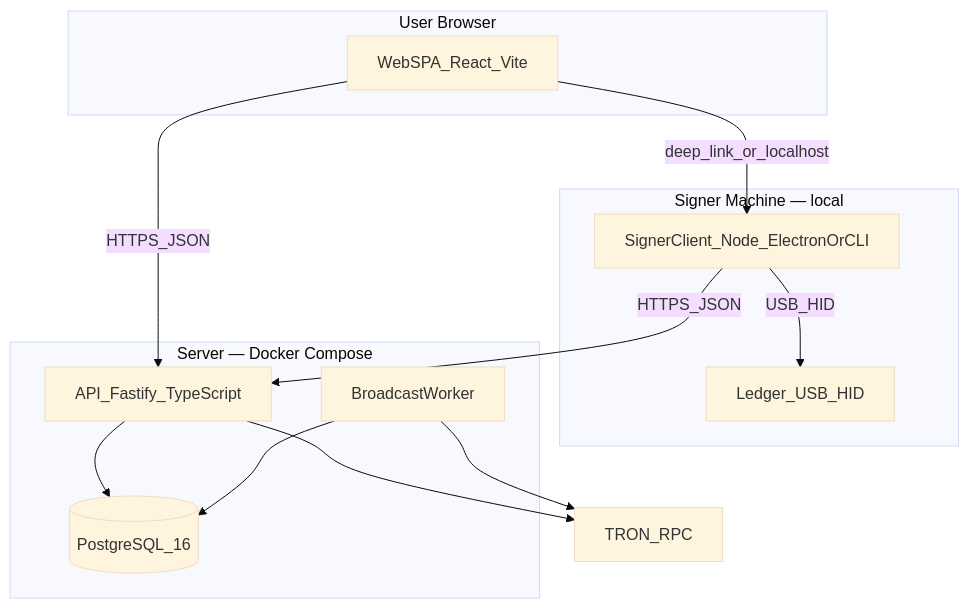
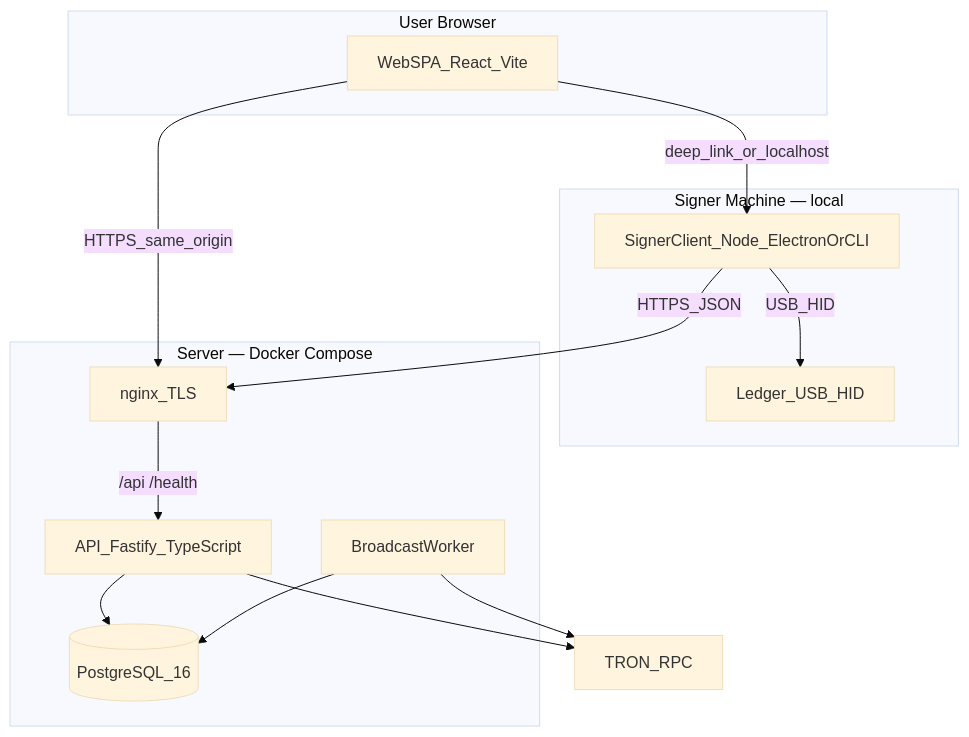
The second of 2 diagrams in docs/architecture.md (DiSH/tron-payments), drawn with Mermaid (base theme) before and after one commit. The commit also changed other lines of this file and 11 other files, not shown here.

````diff
--- a/docs/architecture.md
+++ b/docs/architecture.md
@@ -93,28 +96,30 @@
 ```mermaid
 flowchart TB
   subgraph browser [User Browser]
     WEB[WebSPA_React_Vite]
   end
 
   subgraph signerMachine [Signer Machine — local]
     SIGN[SignerClient_Node_ElectronOrCLI]
     LED[Ledger_USB_HID]
   end
 
   subgraph server [Server — Docker Compose]
+    NGINX[nginx_TLS]
     API[API_Fastify_TypeScript]
     PG[(PostgreSQL_16)]
     WORK[BroadcastWorker]
   end
 
   TRON[TRON_RPC]
 
-  WEB -->|HTTPS_JSON| API
-  SIGN -->|HTTPS_JSON| API
+  WEB -->|HTTPS_same_origin| NGINX
+  SIGN -->|HTTPS_JSON| NGINX
+  NGINX -->|"/api /health"| API
   SIGN -->|USB_HID| LED
   WEB -->|deep_link_or_localhost| SIGN
   API --> PG
   API --> TRON
   WORK --> PG
   WORK --> TRON
 ```
````
